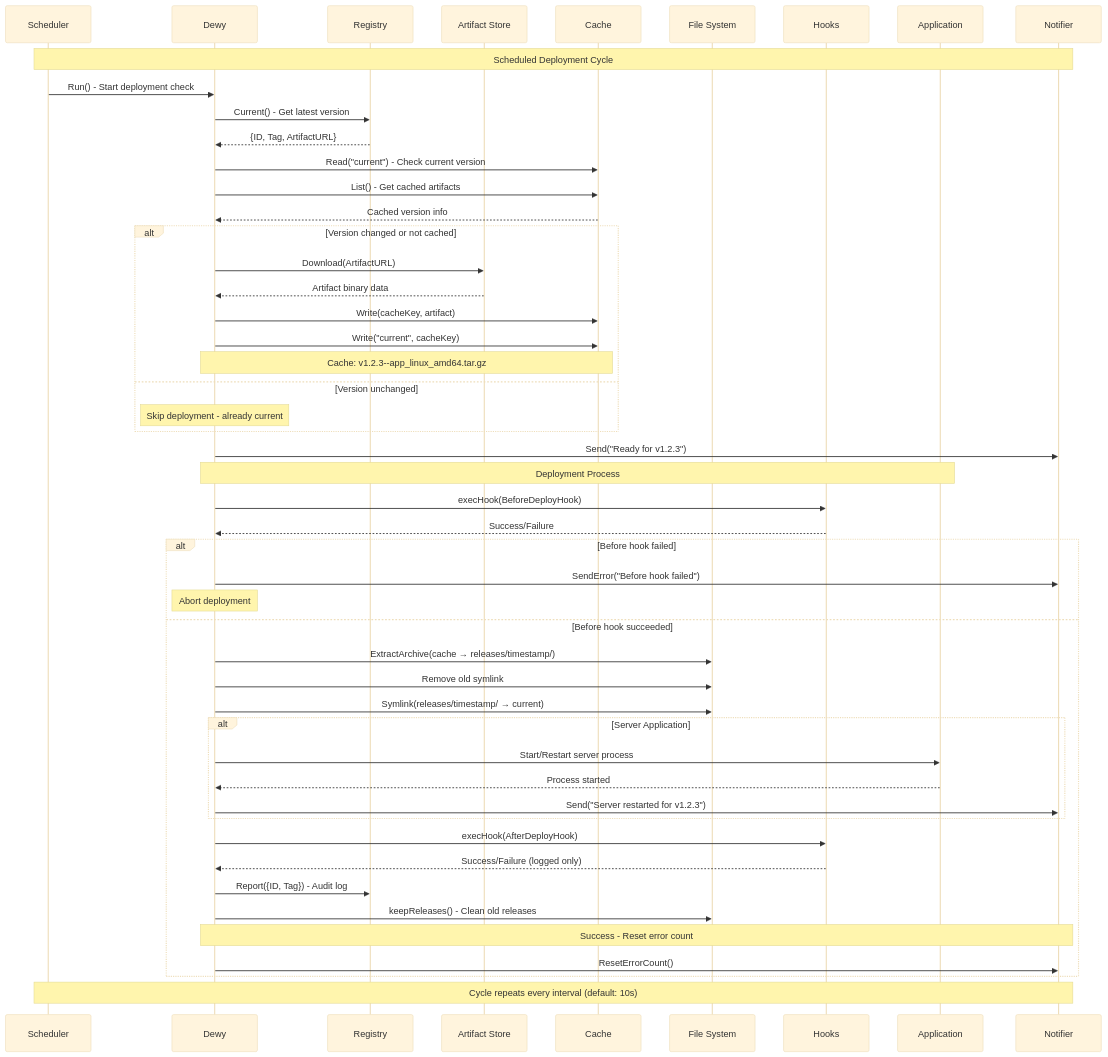
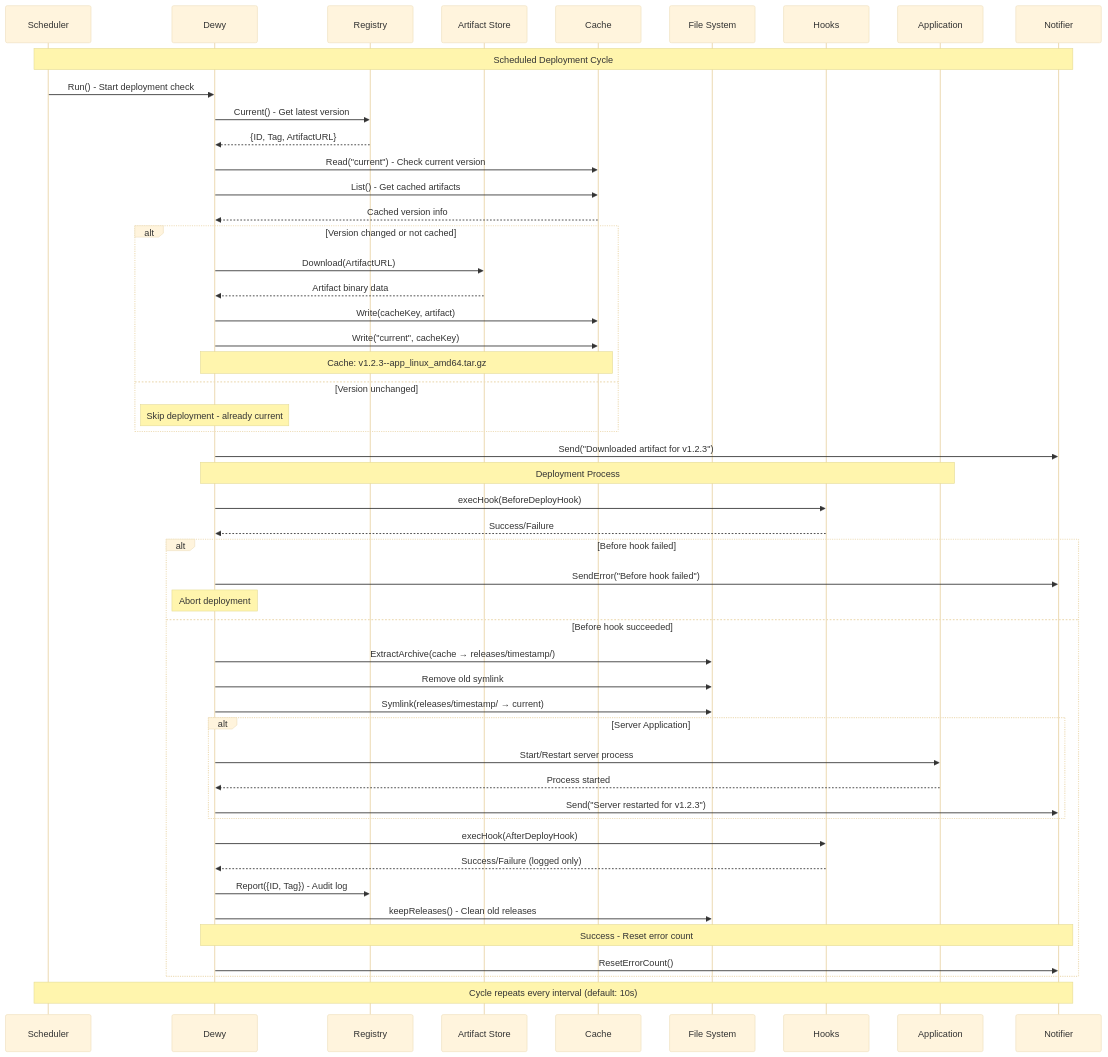
One commit to linyows/dewy changed the diagram in README.md. Above: the diagram before and after it, drawn with Mermaid (base theme).

````diff
--- a/README.md
+++ b/README.md
@@ -304,65 +304,65 @@
 ```mermaid
 sequenceDiagram
     participant S as Scheduler
     participant D as Dewy
     participant R as Registry
     participant A as Artifact Store
     participant C as Cache
     participant F as File System
     participant H as Hooks
     participant App as Application
     participant N as Notifier
 
     Note over S,N: Scheduled Deployment Cycle
 
     S->>D: Run() - Start deployment check
     D->>R: Current() - Get latest version
     R-->>D: {ID, Tag, ArtifactURL}
 
     D->>C: Read("current") - Check current version
     D->>C: List() - Get cached artifacts
     C-->>D: Cached version info
 
     alt Version changed or not cached
         D->>A: Download(ArtifactURL)
         A-->>D: Artifact binary data
         D->>C: Write(cacheKey, artifact)
         D->>C: Write("current", cacheKey)
         Note over D,C: Cache: v1.2.3--app_linux_amd64.tar.gz
     else Version unchanged
         Note over D: Skip deployment - already current
     end
 
-    D->>N: Send("Ready for v1.2.3")
+    D->>N: Send("Downloaded artifact for v1.2.3")
 
     Note over D,App: Deployment Process
 
     D->>H: execHook(BeforeDeployHook)
     H-->>D: Success/Failure
 
     alt Before hook failed
         D->>N: SendError("Before hook failed")
         Note over D: Abort deployment
     else Before hook succeeded
         D->>F: ExtractArchive(cache → releases/timestamp/)
         D->>F: Remove old symlink
         D->>F: Symlink(releases/timestamp/ → current)
 
         alt Server Application
             D->>App: Start/Restart server process
             App-->>D: Process started
             D->>N: Send("Server restarted for v1.2.3")
         end
 
         D->>H: execHook(AfterDeployHook)
         H-->>D: Success/Failure (logged only)
 
         D->>R: Report({ID, Tag}) - Audit log
         D->>F: keepReleases() - Clean old releases
 
         Note over D,N: Success - Reset error count
         D->>N: ResetErrorCount()
     end
 
     Note over S,N: Cycle repeats every interval (default: 10s)
 ```
````
